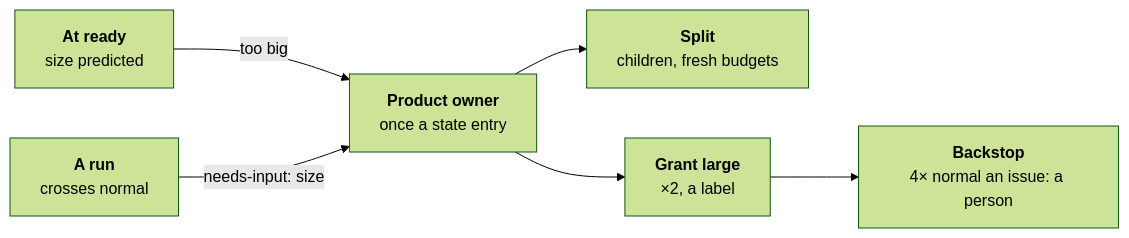
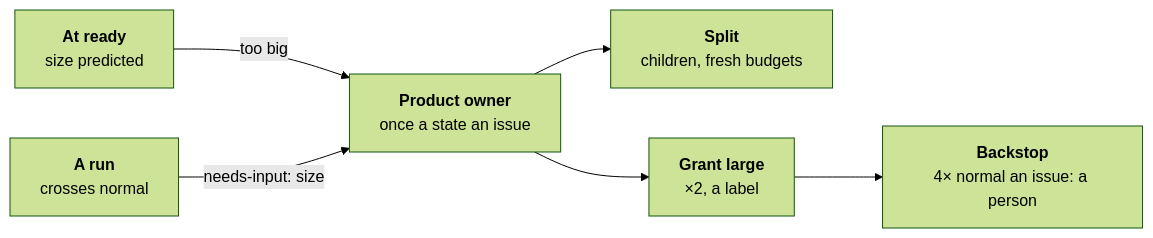
Before and after one commit to JN0V/workline: the diagram in docs/adr/0064-size-is-a-target-not-a-wall.md, drawn with Mermaid (forest theme). The commit also changed other lines of this file, not shown here.

Commit message:
docs(adr): one size question a state per issue, not per entry

````diff
--- a/docs/adr/0064-size-is-a-target-not-a-wall.md
+++ b/docs/adr/0064-size-is-a-target-not-a-wall.md
@@ -36,8 +36,8 @@
 ```mermaid
 flowchart LR
   ready["<b>At ready</b><br/>size predicted"] -->|too big| po
-  run["<b>A run</b><br/>crosses normal"] -->|needs-input: size| po["<b>Product owner</b><br/>once a state entry"]
+  run["<b>A run</b><br/>crosses normal"] -->|needs-input: size| po["<b>Product owner</b><br/>once a state an issue"]
   po --> split["<b>Split</b><br/>children, fresh budgets"]
   po --> tier["<b>Grant large</b><br/>×2, a label"]
   tier --> wall["<b>Backstop</b><br/>4× normal an issue: a person"]
 ```
````
